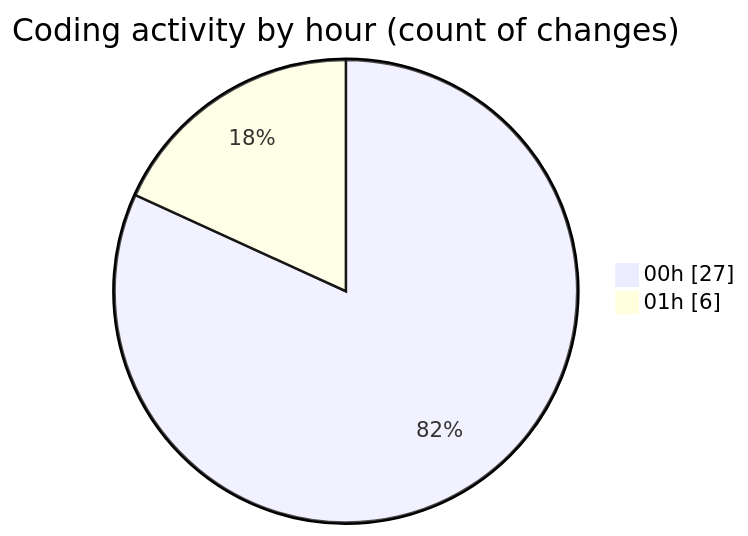
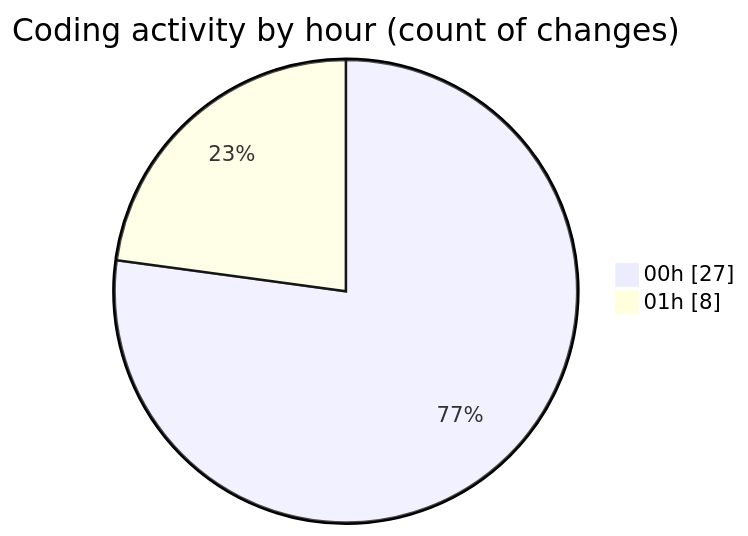
One commit to donsfak/code-tracking changed the second of 2 diagrams in 2025-01-24/trackers_app/README.md. Above: the diagram before and after it, drawn with Mermaid. The commit also changed other lines of this file and 1 other file, not shown here.

````diff
--- a/2025-01-24/trackers_app/README.md
+++ b/2025-01-24/trackers_app/README.md
@@ -32,6 +33,6 @@
 ```mermaid
 pie showData
 title Coding activity by hour (count of changes)
 "00h" : 27
-"01h" : 6
+"01h" : 8
 ```
````
